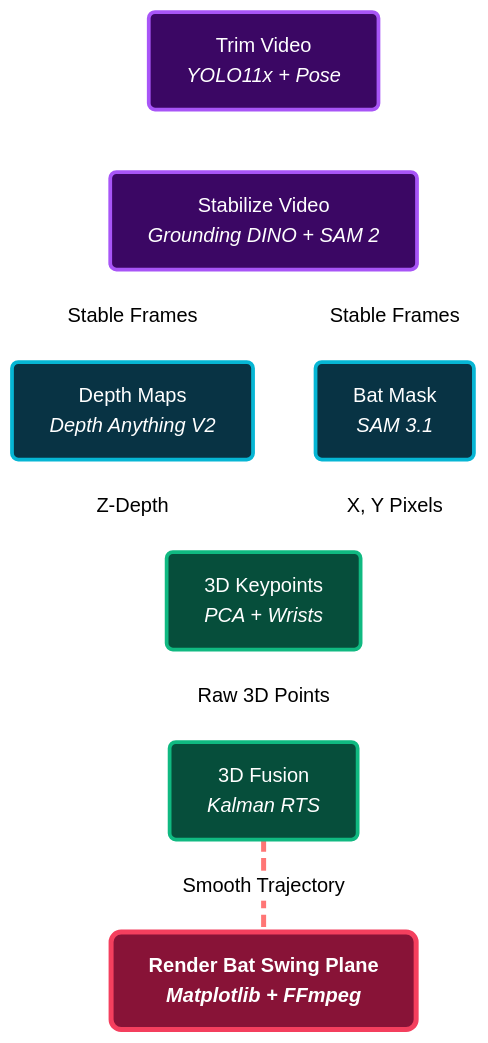
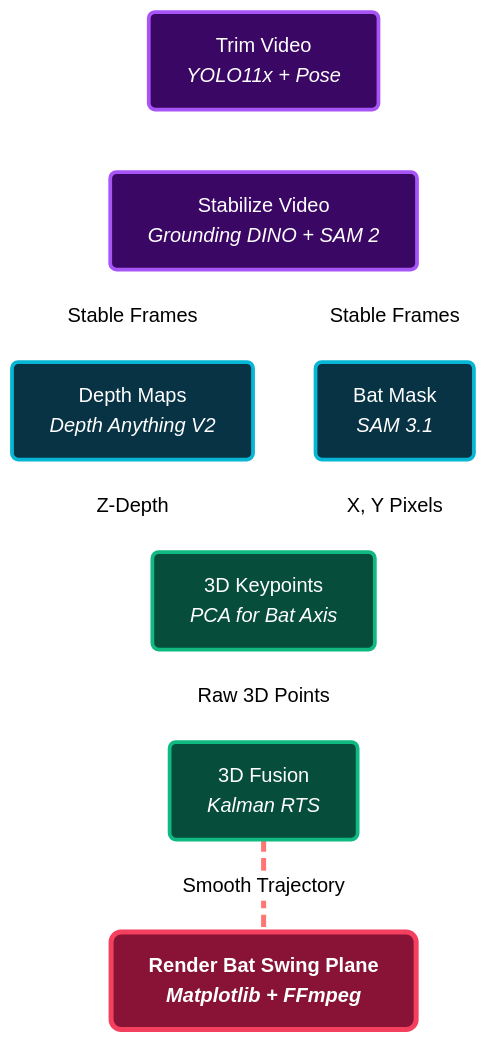
One commit to adnanmsk/blog_privew changed the diagram in blog_draft_2.md. Above: the diagram before and after it, drawn with Mermaid (neutral theme).

Commit message:
Update diagram text to 'PCA for Bat Axis'

````diff
--- a/blog_draft_2.md
+++ b/blog_draft_2.md
@@ -51,24 +51,24 @@
 ```mermaid
 graph TD
     %% Custom Premium Styles
     classDef prep fill:#3b0764,stroke:#a855f7,color:#fff,stroke-width:3px,rx:5px,ry:5px;
     classDef infer fill:#083344,stroke:#06b6d4,color:#fff,stroke-width:3px,rx:5px,ry:5px;
     classDef phys fill:#064e3b,stroke:#10b981,color:#fff,stroke-width:3px,rx:5px,ry:5px;
     classDef out fill:#881337,stroke:#f43f5e,color:#fff,stroke-width:4px,rx:8px,ry:8px,font-weight:bold;
 
     T["Trim Video<br><i>YOLO11x + Pose</i>"]:::prep --> S["Stabilize Video<br><i>Grounding DINO + SAM 2</i>"]:::prep
     
     S -- "Stable Frames" --> D["Depth Maps<br><i>Depth Anything V2</i>"]:::infer
     S -- "Stable Frames" --> Seg["Bat Mask<br><i>SAM 3.1</i>"]:::infer
     
-    D -- "Z-Depth" --> K["3D Keypoints<br><i>PCA + Wrists</i>"]:::phys
+    D -- "Z-Depth" --> K["3D Keypoints<br><i>PCA for Bat Axis</i>"]:::phys
     Seg -- "X, Y Pixels" --> K
     
     K -- "Raw 3D Points" --> F["3D Fusion<br><i>Kalman RTS</i>"]:::phys
     
     F == "Smooth Trajectory" === R["Render Bat Swing Plane<br><i>Matplotlib + FFmpeg</i>"]:::out
 
     %% Animation like Option 3
     linkStyle 0,1,2,3,4,5 stroke:#fff,stroke-width:2px,stroke-dasharray: 8 4;
     linkStyle 6 stroke:#ff7675,stroke-width:4px,stroke-dasharray: 10 5;
 ```
````
